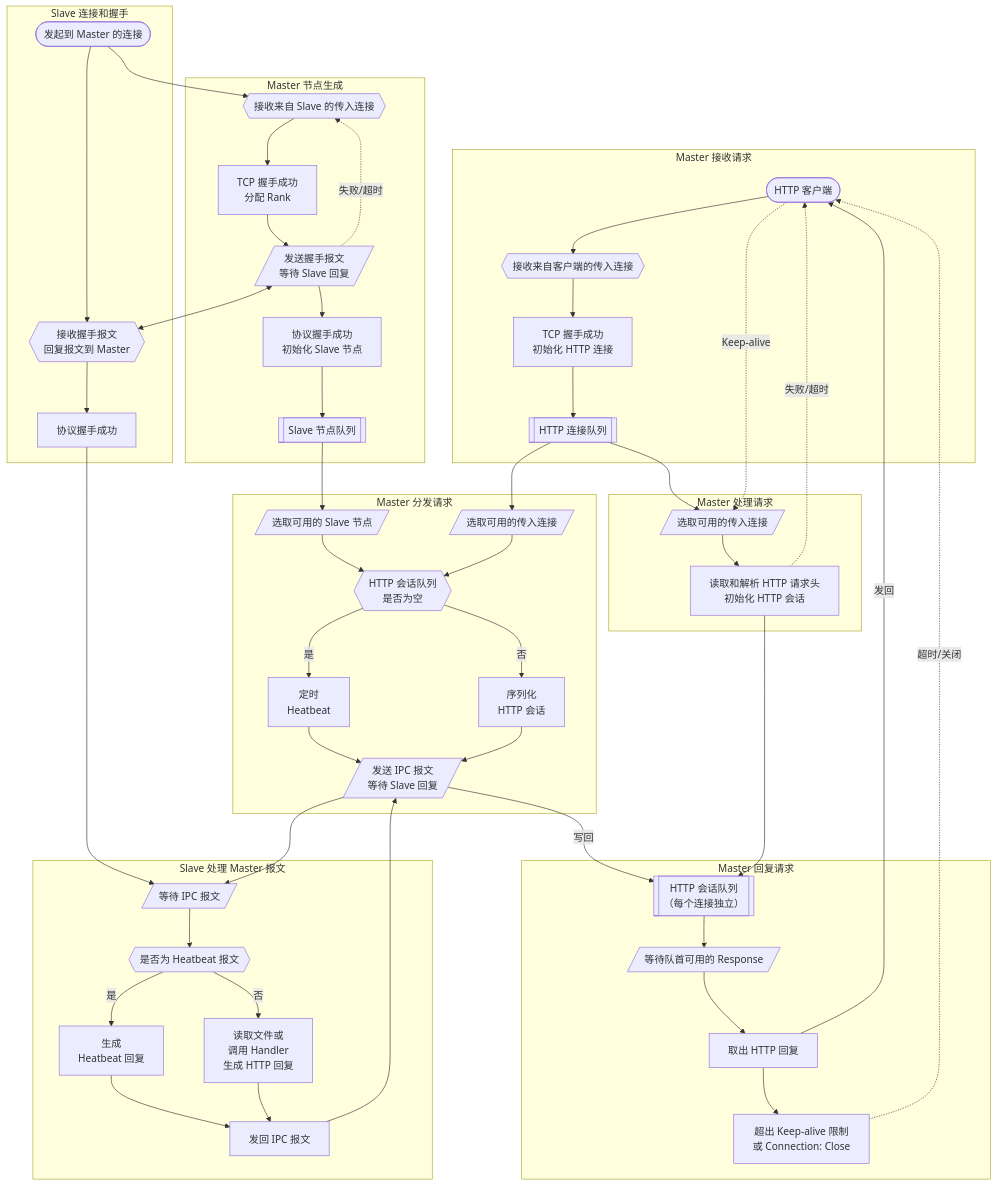
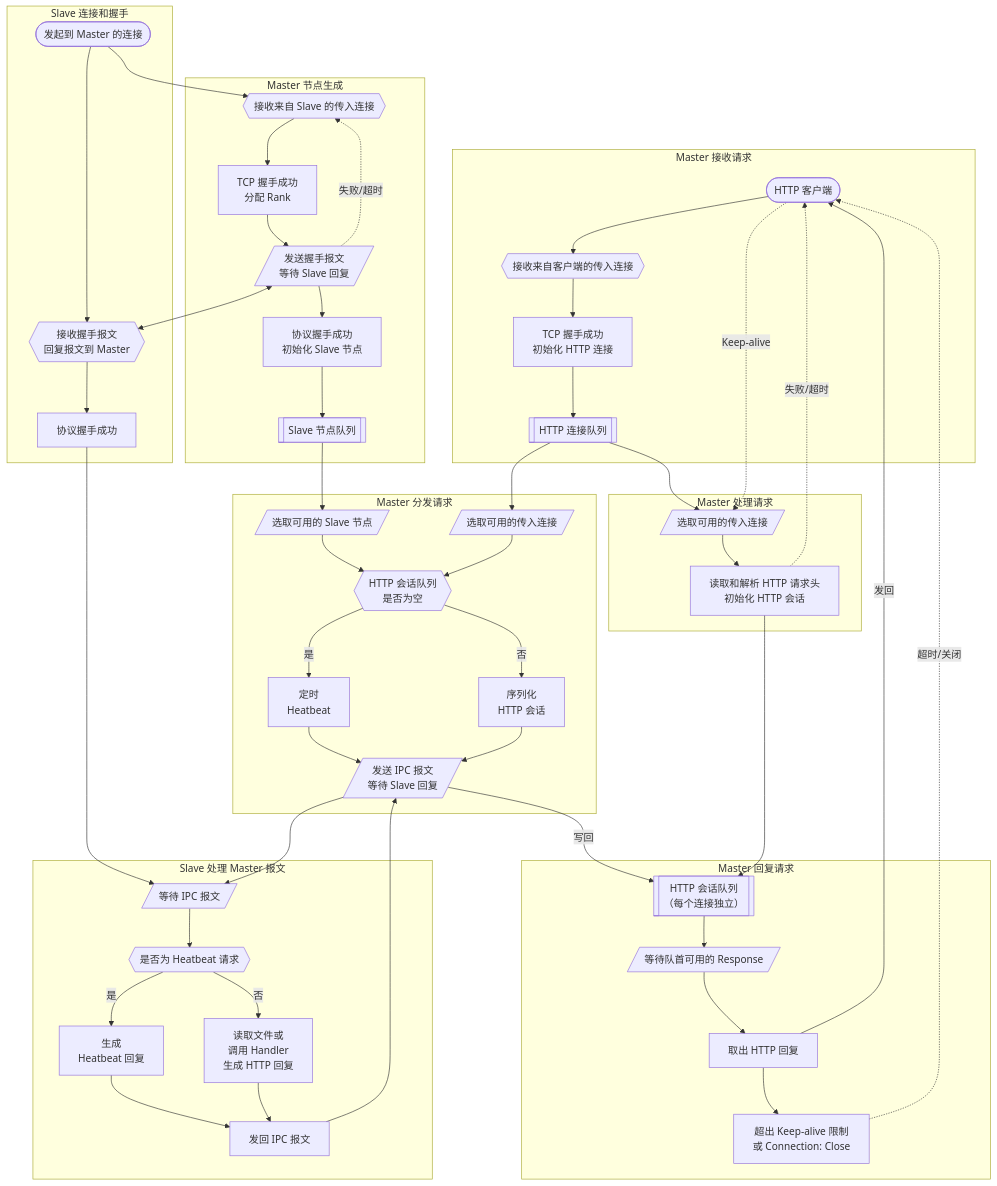
One commit to covscript/covscript-network changed the second of 2 diagrams in Protocol.md. Above: the diagram before and after it, drawn with Mermaid. The commit also changed other lines of this file, not shown here.

````diff
--- a/Protocol.md
+++ b/Protocol.md
@@ -404,82 +402,82 @@
 ```mermaid
 flowchart TD
     X0([HTTP 客户端])
     X1[[Slave 节点队列]]
     X2[[HTTP 连接队列]]
     X3[[HTTP 会话队列
     （每个连接独立）]]
     subgraph Master 节点生成
         A1{{接收来自 Slave 的传入连接}} --> A2
         A2[TCP 握手成功
           分配 Rank] --> A3
         A3[/发送握手报文
         等待 Slave 回复/]
         A3 --> A4[协议握手成功
           初始化 Slave 节点]
         A4 --> X1
         A3 -. 失败/超时 .-> A1
     end
 
     subgraph Master 接收请求
         X0 --> B1
         B1{{接收来自客户端的传入连接}} --> B2
         B2[TCP 握手成功
           初始化 HTTP 连接] --> X2
     end
 
     subgraph Master 处理请求
         X2 --> C1
         X0 -. Keep-alive .-> C1
         C1[/选取可用的传入连接/] --> C2
         C2[读取和解析 HTTP 请求头
         初始化 HTTP 会话]
         C2 -. 失败/超时 .-> X0
     end
 
     subgraph Master 回复请求
         X3 --> D1[/等待队首可用的 Response/]
         D1 --> D2[取出 HTTP 回复]
         D2 --> D3[超出 Keep-alive 限制
         或 Connection: Close]
         D3 -. 超时/关闭 .-> X0
         D2 -- 发回 --> X0
     end
 
     subgraph Master 分发请求
         X1 --> E1[/选取可用的 Slave 节点/]
         X2 --> E2[/选取可用的传入连接/]
         E3{{HTTP 会话队列
         是否为空}}
         E3 --  是 --> E4[定时
         Heatbeat] --> E6
         E3 --  否 --> E5[序列化
         HTTP 会话] --> E6
         E1 --> E3
         E2 --> E3
         E6[/发送 IPC 报文
         等待 Slave 回复/]
         E6 -- 写回 --> X3
         C2 --> X3
     end
 
     subgraph Slave 连接和握手
         F1([发起到 Master 的连接]) --> A1
         F1 --> F2
         A3 <--> F2{{接收握手报文
         回复报文到 Master}} --> F3
         F3[协议握手成功]
     end
 
     subgraph Slave 处理 Master 报文
         F3 --> G1
         E6 --> G1
         G1[/等待 IPC 报文/] --> G2
-        G2{{是否为 Heatbeat 报文}}
+        G2{{是否为 Heatbeat 请求}}
         G2 -- 是 --> G3[生成
         Heatbeat 回复] --> G5
         G2 -- 否 --> G4[读取文件或
           调用 Handler
           生成 HTTP 回复] --> G5
         G5[发回 IPC 报文] --> E6
     end
 ```
````
